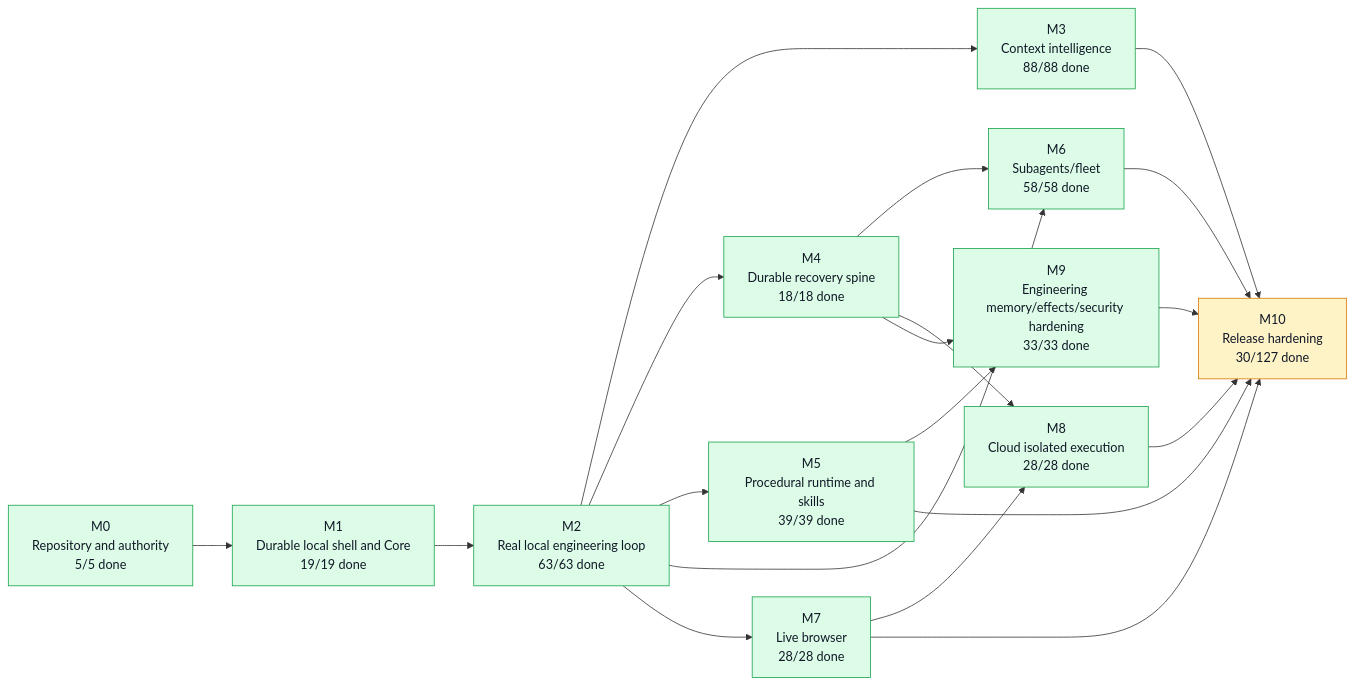
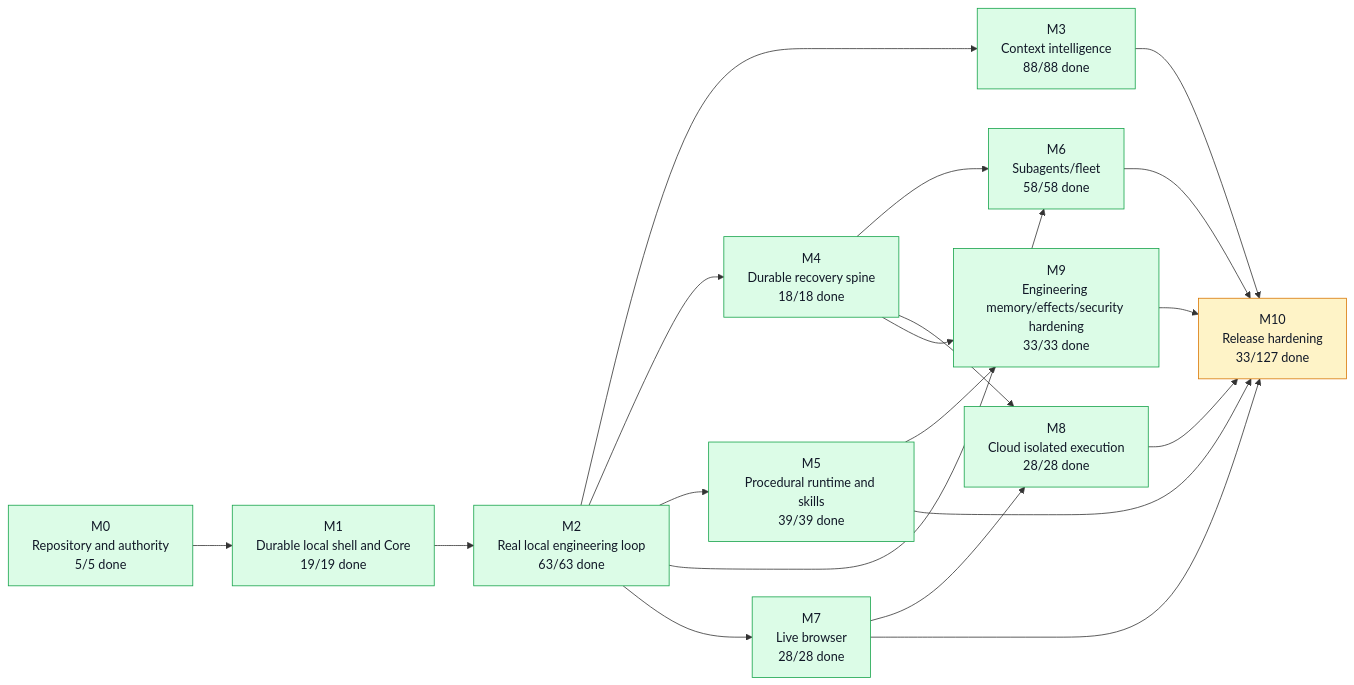
The first of 5 diagrams in graph/PROJECT_GRAPH.md (moss101/modbit), drawn with Mermaid before and after one commit. The commit also changed other lines of this file and 9 other files, not shown here.

````diff
--- a/graph/PROJECT_GRAPH.md
+++ b/graph/PROJECT_GRAPH.md
@@ -57,43 +57,43 @@
 ```mermaid
 flowchart LR
   M0["M0<br/>Repository and authority<br/>5/5 done"]
   M1["M1<br/>Durable local shell and Core<br/>19/19 done"]
   M2["M2<br/>Real local engineering loop<br/>63/63 done"]
   M3["M3<br/>Context intelligence<br/>88/88 done"]
   M4["M4<br/>Durable recovery spine<br/>18/18 done"]
   M5["M5<br/>Procedural runtime and skills<br/>39/39 done"]
   M6["M6<br/>Subagents/fleet<br/>58/58 done"]
   M7["M7<br/>Live browser<br/>28/28 done"]
   M8["M8<br/>Cloud isolated execution<br/>28/28 done"]
   M9["M9<br/>Engineering memory/effects/security hardening<br/>33/33 done"]
-  M10["M10<br/>Release hardening<br/>30/127 done"]
+  M10["M10<br/>Release hardening<br/>33/127 done"]
   M0 --> M1
   M1 --> M2
   M2 --> M3
   M2 --> M4
   M2 --> M5
   M2 --> M6
   M4 --> M6
   M2 --> M7
   M4 --> M8
   M7 --> M8
   M4 --> M9
   M5 --> M9
   M3 --> M10
   M5 --> M10
   M6 --> M10
   M7 --> M10
   M8 --> M10
   M9 --> M10
   style M0 fill:#dcfce7,stroke:#16a34a,color:#111827
   style M1 fill:#dcfce7,stroke:#16a34a,color:#111827
   style M2 fill:#dcfce7,stroke:#16a34a,color:#111827
   style M3 fill:#dcfce7,stroke:#16a34a,color:#111827
   style M4 fill:#dcfce7,stroke:#16a34a,color:#111827
   style M5 fill:#dcfce7,stroke:#16a34a,color:#111827
   style M6 fill:#dcfce7,stroke:#16a34a,color:#111827
   style M7 fill:#dcfce7,stroke:#16a34a,color:#111827
   style M8 fill:#dcfce7,stroke:#16a34a,color:#111827
   style M9 fill:#dcfce7,stroke:#16a34a,color:#111827
   style M10 fill:#fef3c7,stroke:#d97706,color:#111827
 ```
````
